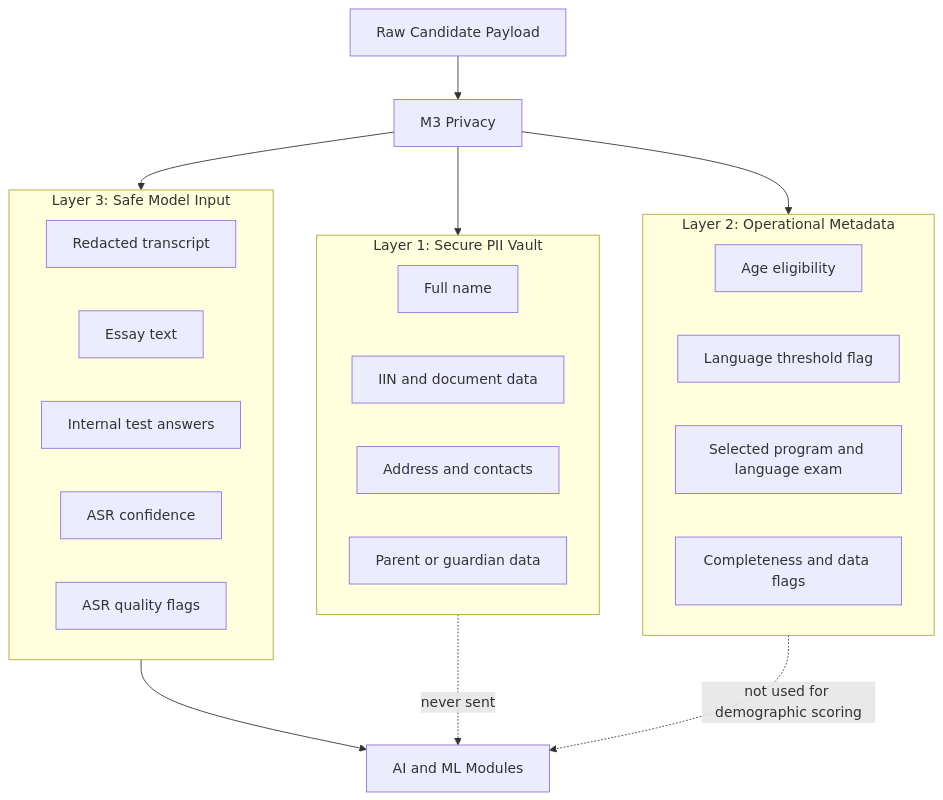
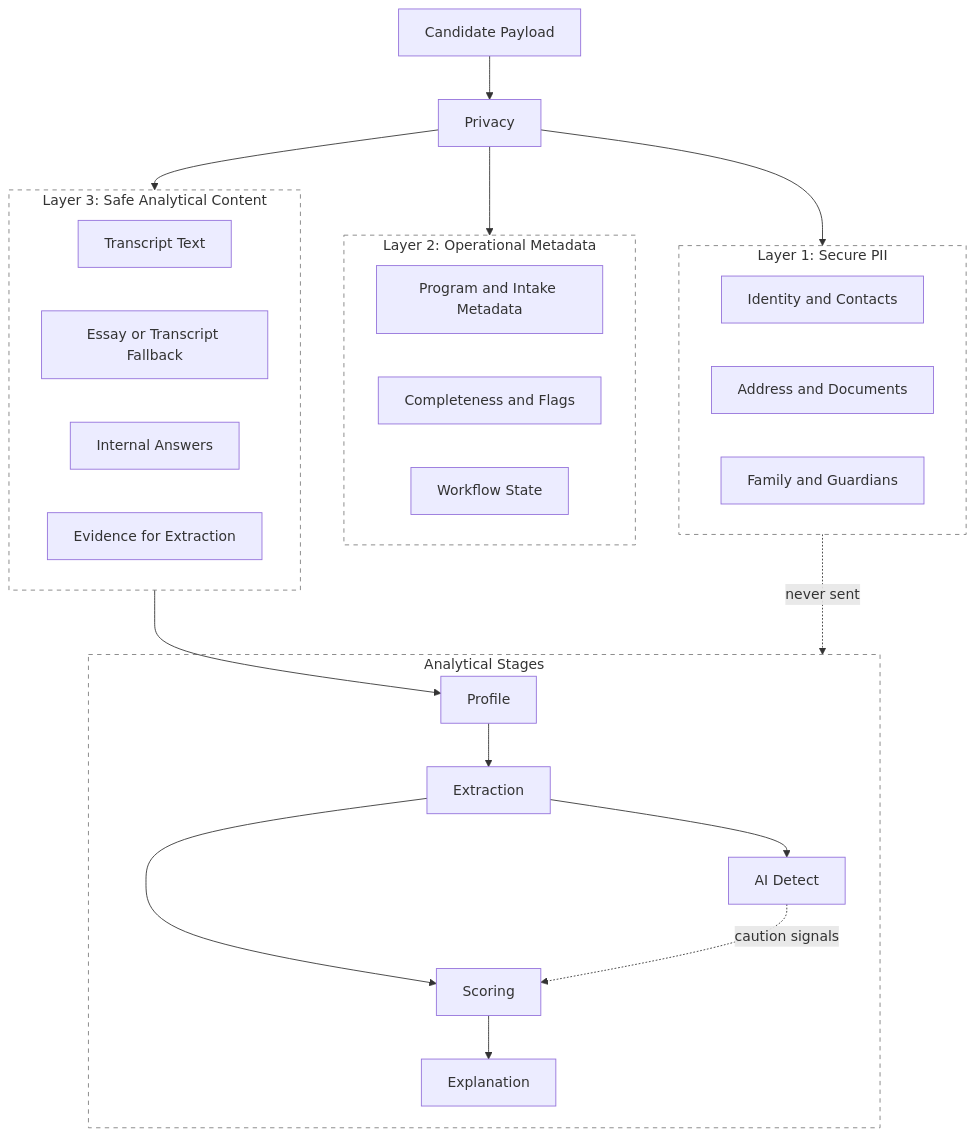
The second of 4 diagrams in docs/eng/ARCHITECTURE.md (alenisaw/invision_u_Vi-Ka), drawn with Mermaid before and after one commit. The commit also changed other lines of this file and 295 other files, not shown here.

````diff
--- a/docs/eng/ARCHITECTURE.md
+++ b/docs/eng/ARCHITECTURE.md
@@ -254,38 +214,49 @@
 ```mermaid
 flowchart TD
-    Raw["Raw Candidate Payload"]
-    Privacy["M3 Privacy"]
+    Raw["Candidate Payload"]
+    Privacy["Privacy"]
 
-    subgraph Layer1["Layer 1: Secure PII Vault"]
-        PII1["Full name"]
-        PII2["IIN and document data"]
-        PII3["Address and contacts"]
-        PII4["Parent or guardian data"]
+    subgraph PII["Layer 1: Secure PII"]
+        L1A["Identity and Contacts"]
+        L1B["Address and Documents"]
+        L1C["Family and Guardians"]
     end
 
-    subgraph Layer2["Layer 2: Operational Metadata"]
-        META1["Age eligibility"]
-        META2["Language threshold flag"]
-        META3["Selected program and language exam"]
-        META4["Completeness and data flags"]
+    subgraph Metadata["Layer 2: Operational Metadata"]
+        L2A["Program and Intake Metadata"]
+        L2B["Completeness and Flags"]
+        L2C["Workflow State"]
     end
 
-    subgraph Layer3["Layer 3: Safe Model Input"]
-        SAFE1["Redacted transcript"]
-        SAFE2["Essay text"]
-        SAFE3["Internal test answers"]
-        SAFE4["ASR confidence"]
-        SAFE5["ASR quality flags"]
+    subgraph Safe["Layer 3: Safe Analytical Content"]
+        L3A["Transcript Text"]
+        L3B["Essay or Transcript Fallback"]
+        L3C["Internal Answers"]
+        L3D["Evidence for Extraction"]
     end
 
-    AI["AI and ML Modules"]
+    subgraph Models["Analytical Stages"]
+        Profile["Profile"]
+        Extraction["Extraction"]
+        AIDetect["AI Detect"]
+        Scoring["Scoring"]
+        Explanation["Explanation"]
+    end
 
     Raw --> Privacy
-    Privacy --> Layer1
-    Privacy --> Layer2
-    Privacy --> Layer3
-    Layer3 --> AI
+    Privacy --> PII
+    Privacy --> Metadata
+    Privacy --> Safe
+    Safe --> Profile
+    Profile --> Extraction
+    Extraction --> AIDetect
+    Extraction --> Scoring
+    AIDetect -. caution signals .-> Scoring
+    Scoring --> Explanation
+    PII -. never sent .-> Models
 
-    Layer1 -. never sent .-> AI
-    Layer2 -. not used for demographic scoring .-> AI
+    style PII fill:transparent,stroke:#7d7d7d,stroke-dasharray: 5 5
+    style Metadata fill:transparent,stroke:#7d7d7d,stroke-dasharray: 5 5
+    style Safe fill:transparent,stroke:#7d7d7d,stroke-dasharray: 5 5
+    style Models fill:transparent,stroke:#7d7d7d,stroke-dasharray: 5 5
 ```
````
